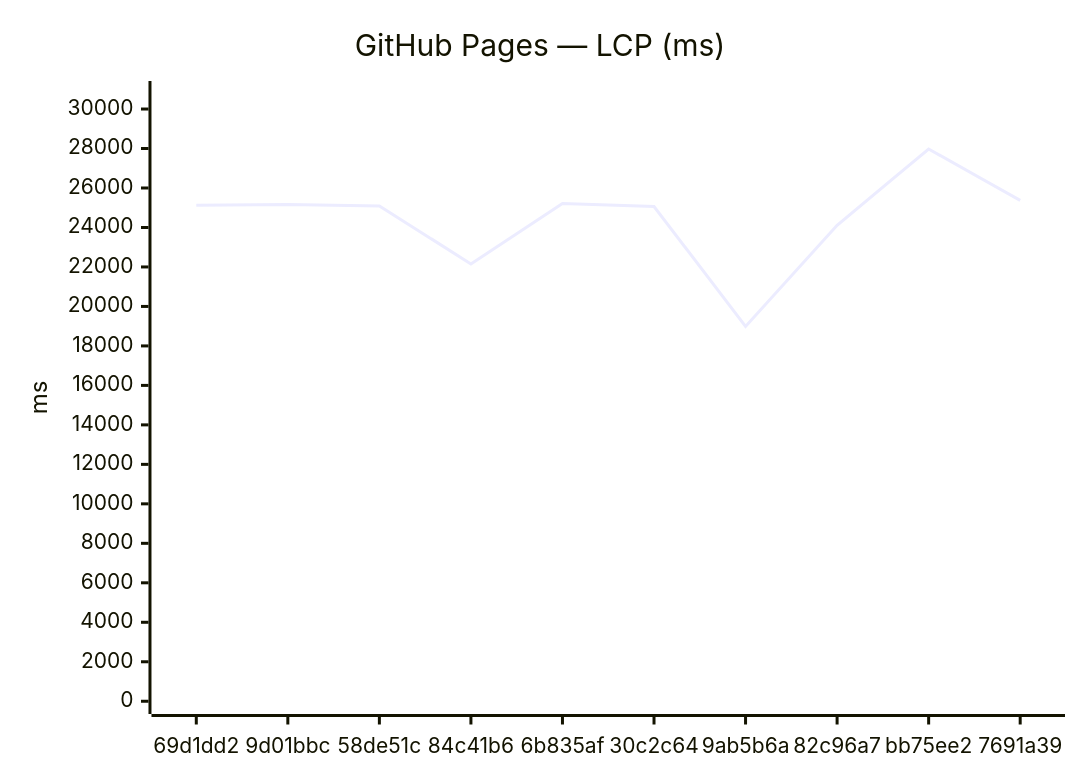
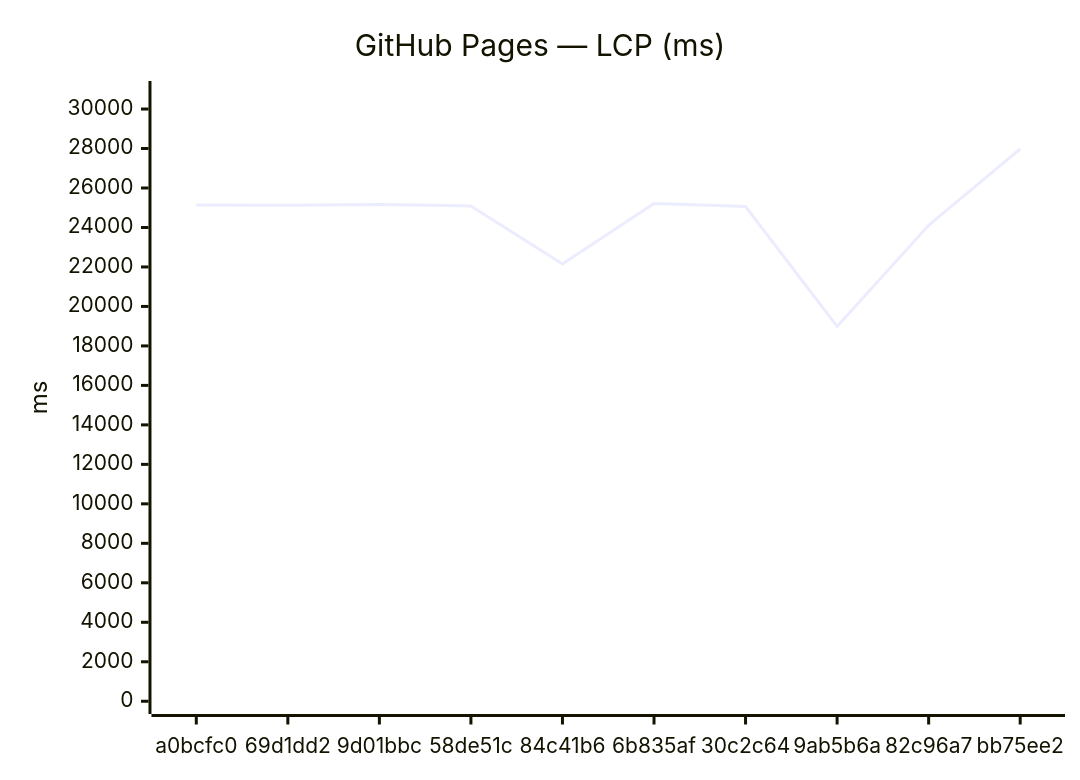
One commit to Metaheurist/Rianell changed the third of 12 diagrams in benchmarks/compare.md. Above: the diagram before and after it, drawn with Mermaid. The commit also changed other lines of this file and 8 other files, not shown here.

````diff
--- a/benchmarks/compare.md
+++ b/benchmarks/compare.md
@@ -54,7 +54,7 @@
 ```mermaid
 xychart-beta
     title "GitHub Pages — LCP (ms)"
-    x-axis ["69d1dd2", "9d01bbc", "58de51c", "84c41b6", "6b835af", "30c2c64", "9ab5b6a", "82c96a7", "bb75ee2", "7691a39"]
+    x-axis ["a0bcfc0", "69d1dd2", "9d01bbc", "58de51c", "84c41b6", "6b835af", "30c2c64", "9ab5b6a", "82c96a7", "bb75ee2"]
     y-axis "ms" 0 --> 30774
-    line [25124, 25162, 25092, 22152, 25215, 25064, 18985, 24113, 27976, 25370]
+    line [25139, 25124, 25162, 25092, 22152, 25215, 25064, 18985, 24113, 27976]
 ```
````
